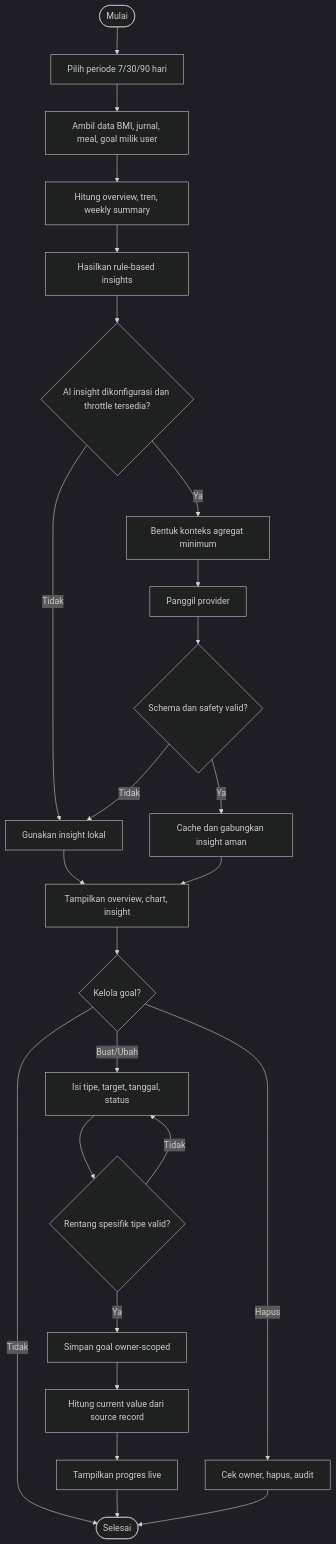
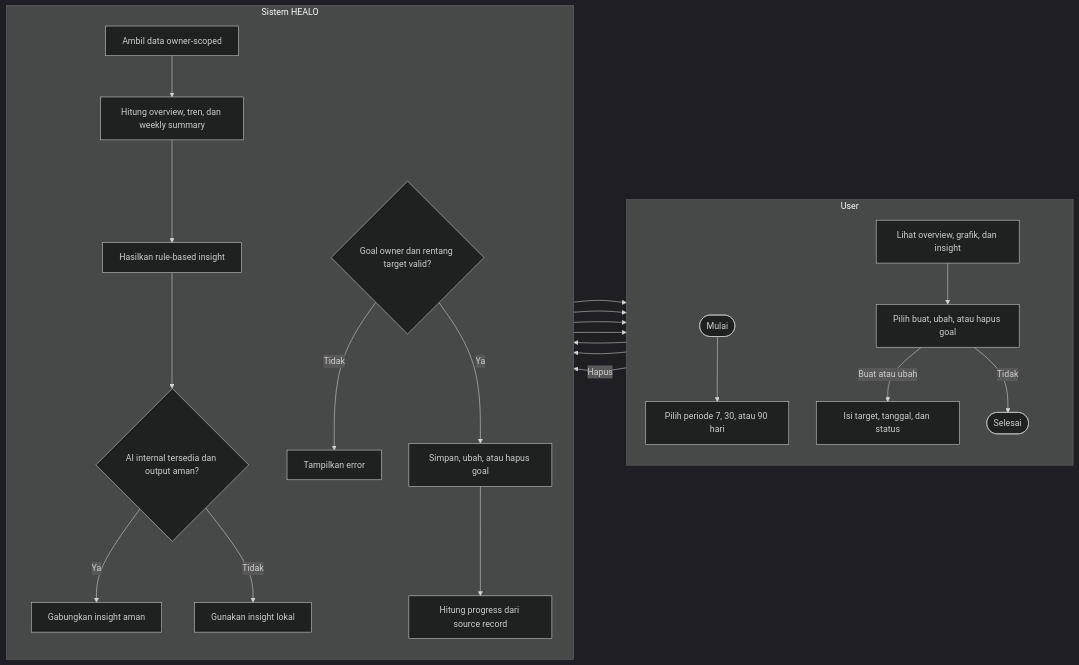
Before and after one commit to Daffa-Qiao/Healo: the eighth of 11 diagrams in docs/system-analysis/03-activity-diagrams.md, drawn with Mermaid (dark theme). The commit also changed other lines of this file and 4 other files, not shown here.

Commit message:
renew diagram

````diff
--- a/docs/system-analysis/03-activity-diagrams.md
+++ b/docs/system-analysis/03-activity-diagrams.md
@@ -236,27 +333,36 @@
 ```mermaid
-flowchart TD
-    A([Mulai]) --> B[Pilih periode 7/30/90 hari]
-    B --> C[Ambil data BMI, jurnal, meal, goal milik user]
-    C --> D[Hitung overview, tren, weekly summary]
-    D --> E[Hasilkan rule-based insights]
-    E --> F{AI insight dikonfigurasi dan throttle tersedia?}
-    F -- Tidak --> G[Gunakan insight lokal]
-    F -- Ya --> H[Bentuk konteks agregat minimum]
-    H --> I[Panggil provider]
-    I --> J{Schema dan safety valid?}
-    J -- Tidak --> G
-    J -- Ya --> K[Cache dan gabungkan insight aman]
-    G --> L[Tampilkan overview, chart, insight]
-    K --> L
-    L --> M{Kelola goal?}
-    M -- Buat/Ubah --> N[Isi tipe, target, tanggal, status]
-    N --> O{Rentang spesifik tipe valid?}
-    O -- Tidak --> N
-    O -- Ya --> P[Simpan goal owner-scoped]
-    P --> Q[Hitung current value dari source record]
-    Q --> R[Tampilkan progres live]
-    M -- Hapus --> S[Cek owner, hapus, audit]
-    M -- Tidak --> T([Selesai])
-    R --> T
-    S --> T
+flowchart LR
+    subgraph U["User"]
+        direction TB
+        U1([Mulai])
+        U2[Pilih periode 7, 30, atau 90 hari]
+        U3[Lihat overview, grafik, dan insight]
+        U4[Pilih buat, ubah, atau hapus goal]
+        U5[Isi target, tanggal, dan status]
+        U6([Selesai])
+    end
+
+    subgraph S["Sistem HEALO"]
+        direction TB
+        S1[Ambil data owner-scoped]
+        S2[Hitung overview, tren, dan weekly summary]
+        S3[Hasilkan rule-based insight]
+        S4{AI internal tersedia dan output aman?}
+        S5[Gabungkan insight aman]
+        S6[Gunakan insight lokal]
+        S7{Goal owner dan rentang target valid?}
+        S8[Simpan, ubah, atau hapus goal]
+        S9[Hitung progress dari source record]
+        S10[Tampilkan error]
+    end
+
+    U1 --> U2 --> S1 --> S2 --> S3 --> S4
+    S4 -- Ya --> S5 --> U3
+    S4 -- Tidak --> S6 --> U3
+    U3 --> U4
+    U4 -- Buat atau ubah --> U5 --> S7
+    U4 -- Hapus --> S7
+    U4 -- Tidak --> U6
+    S7 -- Tidak --> S10 --> U4
+    S7 -- Ya --> S8 --> S9 --> U6
 ```
````
